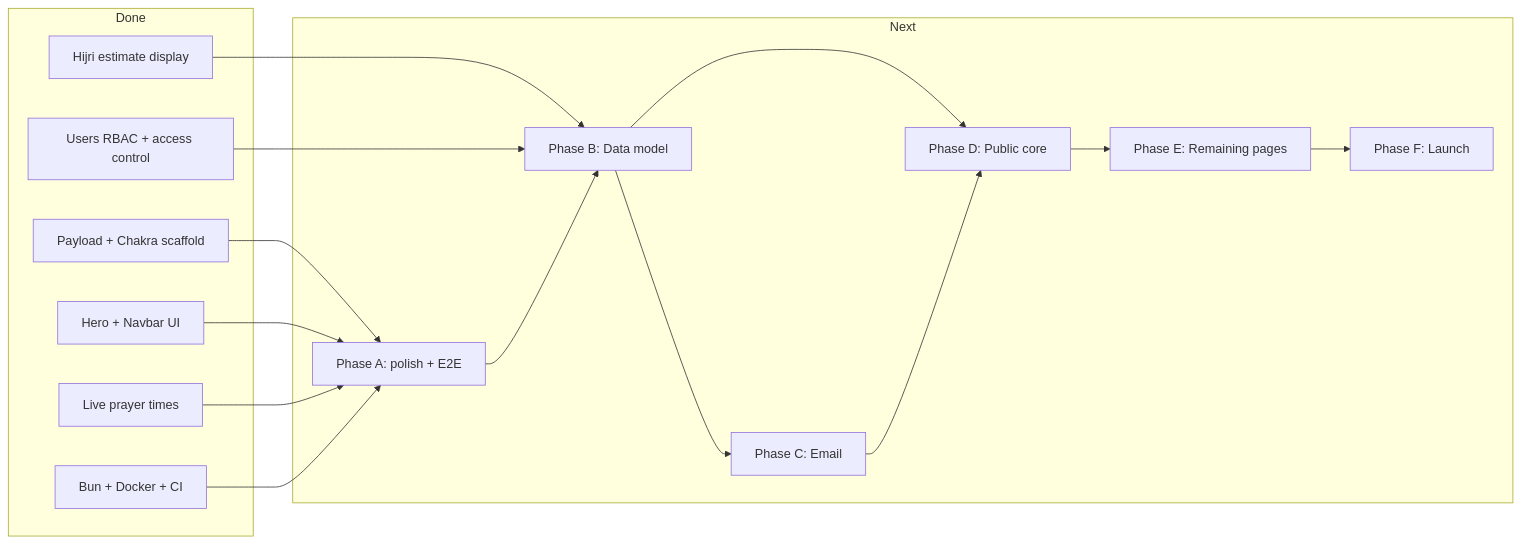
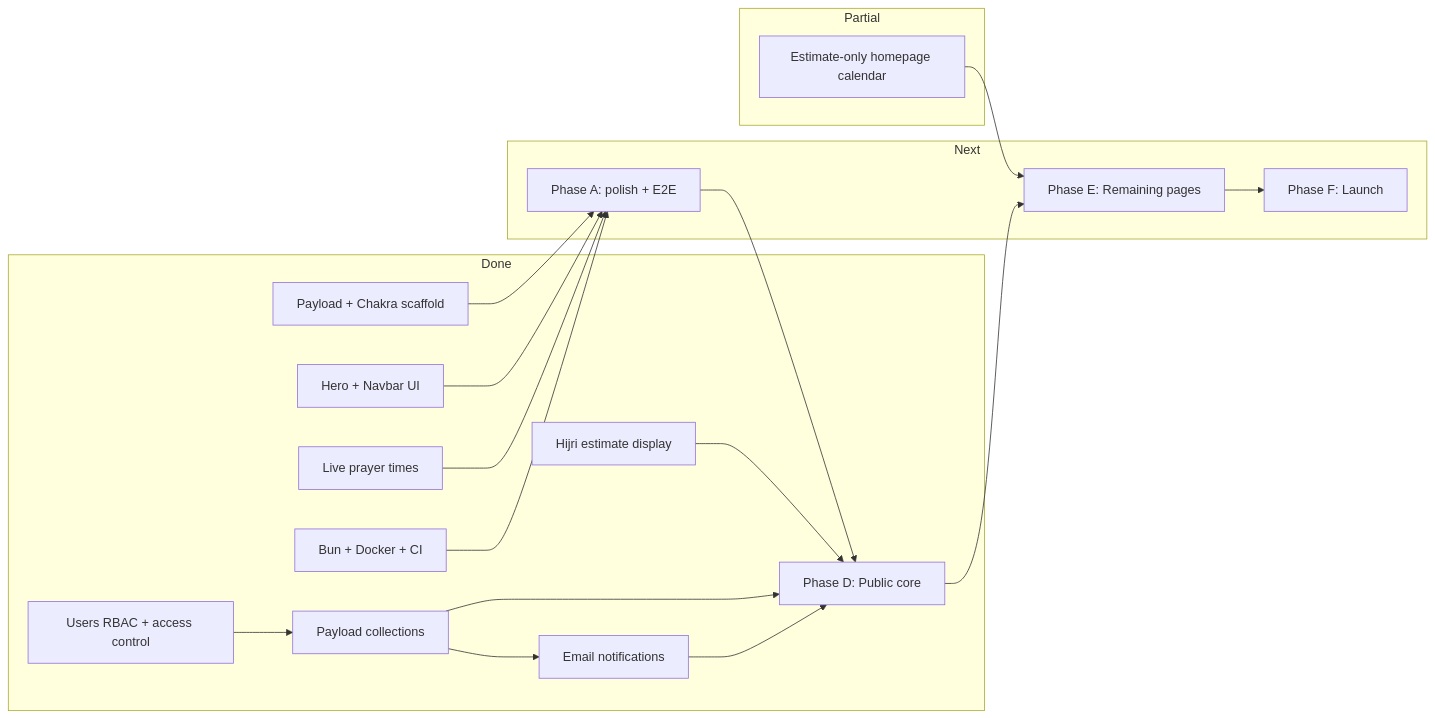
One commit to Captain-Fahd/al-furqan-institute changed the diagram in docs/REMAINING_WORK.md. Above: the diagram before and after it, drawn with Mermaid. The commit also changed other lines of this file and 24 other files, not shown here.

````diff
--- a/docs/REMAINING_WORK.md
+++ b/docs/REMAINING_WORK.md
@@ -49,31 +52,35 @@
 ```mermaid
 flowchart LR
   subgraph done [Done]
     Scaffold[Payload + Chakra scaffold]
     HeroUI[Hero + Navbar UI]
     HijriEstimate[Hijri estimate display]
     PrayerTimes[Live prayer times]
     Tooling[Bun + Docker + CI]
     RBAC[Users RBAC + access control]
+    Collections[Payload collections]
+    EmailFlow[Email notifications]
+    PublicCore[Phase D: Public core]
+  end
+  subgraph partial [Partial]
+    CalendarPrep[Estimate-only homepage calendar]
   end
   subgraph next [Next]
     Foundation[Phase A: polish + E2E]
-    DataModel[Phase B: Data model]
-    Email[Phase C: Email]
-    PublicCore[Phase D: Public core]
     PublicPages[Phase E: Remaining pages]
     Launch[Phase F: Launch]
   end
   Scaffold --> Foundation
   HeroUI --> Foundation
-  HijriEstimate --> DataModel
   PrayerTimes --> Foundation
   Tooling --> Foundation
-  RBAC --> DataModel
-  Foundation --> DataModel
-  DataModel --> Email
-  DataModel --> PublicCore
-  Email --> PublicCore
+  RBAC --> Collections
+  HijriEstimate --> PublicCore
+  Collections --> EmailFlow
+  CalendarPrep --> PublicPages
+  Foundation --> PublicCore
+  Collections --> PublicCore
+  EmailFlow --> PublicCore
   PublicCore --> PublicPages
   PublicPages --> Launch
 ```
````
